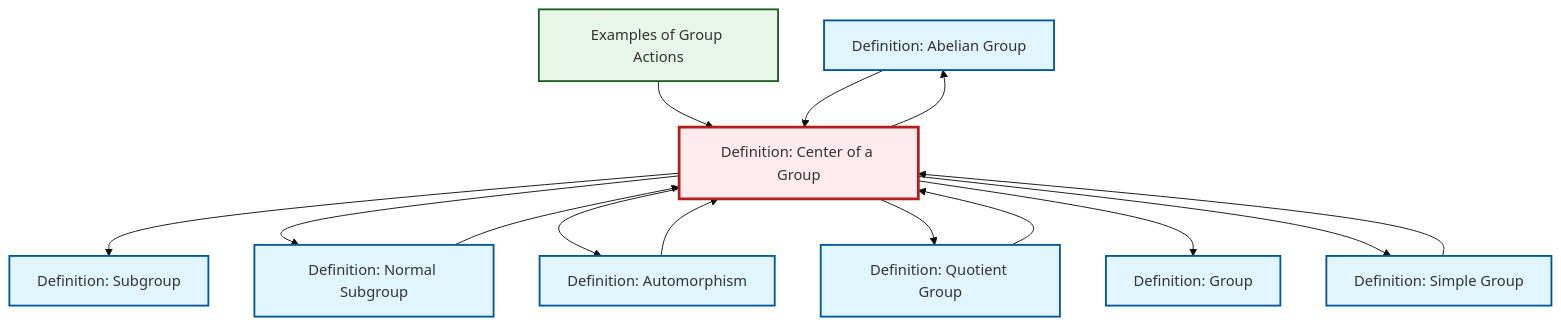
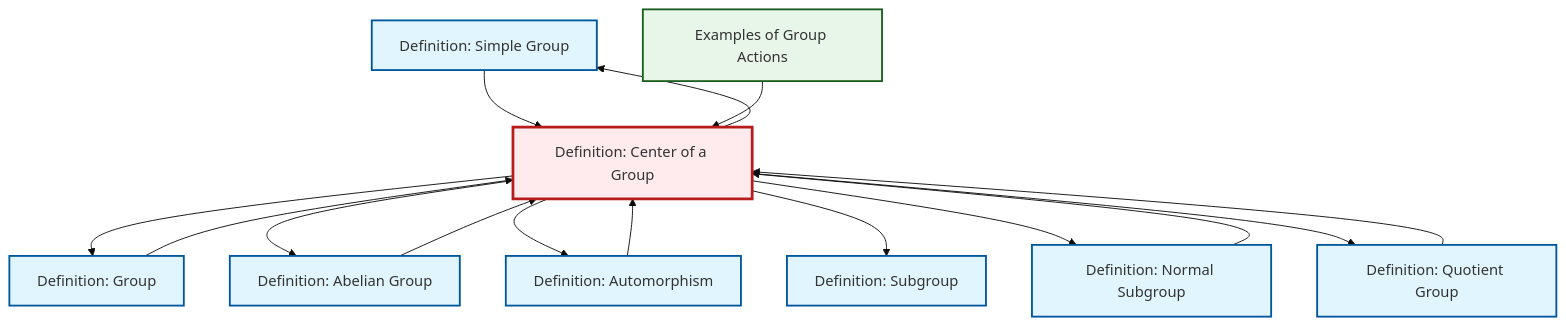
The diagram in content/en/algebra/def-center-of-group.qmd (RK0429/ModernMath), drawn with Mermaid (base theme) before and after one commit. The commit also changed 654 other files, not shown here.

````diff
--- a/content/en/algebra/def-center-of-group.qmd
+++ b/content/en/algebra/def-center-of-group.qmd
@@ -111,40 +111,41 @@
 ```{mermaid}
 %%| fig-cap: "Local dependency graph"
 graph TD
     classDef definition fill:#e1f5fe,stroke:#01579b,stroke-width:2px
     classDef theorem fill:#f3e5f5,stroke:#4a148c,stroke-width:2px
     classDef axiom fill:#fff3e0,stroke:#e65100,stroke-width:2px
     classDef example fill:#e8f5e9,stroke:#1b5e20,stroke-width:2px
     classDef current fill:#ffebee,stroke:#b71c1c,stroke-width:3px
-    def-group["Definition: Group"]:::definition
-    def-abelian-group["Definition: Abelian Group"]:::definition
     def-simple-group["Definition: Simple Group"]:::definition
     def-center-of-group["Definition: Center of a Group"]:::definition
+    def-group["Definition: Group"]:::definition
     def-quotient-group["Definition: Quotient Group"]:::definition
     def-subgroup["Definition: Subgroup"]:::definition
+    ex-group-action-examples["Examples of Group Actions"]:::example
     def-normal-subgroup["Definition: Normal Subgroup"]:::definition
+    def-abelian-group["Definition: Abelian Group"]:::definition
     def-automorphism["Definition: Automorphism"]:::definition
-    ex-group-action-examples["Examples of Group Actions"]:::example
+    def-center-of-group --> def-group
+    def-abelian-group --> def-center-of-group
+    def-center-of-group --> def-simple-group
     def-simple-group --> def-center-of-group
+    def-center-of-group --> def-abelian-group
+    def-quotient-group --> def-center-of-group
+    def-group --> def-center-of-group
+    def-automorphism --> def-center-of-group
+    def-normal-subgroup --> def-center-of-group
+    def-center-of-group --> def-automorphism
+    def-center-of-group --> def-subgroup
     ex-group-action-examples --> def-center-of-group
-    def-center-of-group --> def-subgroup
     def-center-of-group --> def-normal-subgroup
-    def-center-of-group --> def-automorphism
-    def-quotient-group --> def-center-of-group
-    def-center-of-group --> def-abelian-group
-    def-abelian-group --> def-center-of-group
     def-center-of-group --> def-quotient-group
-    def-center-of-group --> def-group
-    def-center-of-group --> def-simple-group
-    def-normal-subgroup --> def-center-of-group
-    def-automorphism --> def-center-of-group
     class def-center-of-group current
+    click def-simple-group "def-simple-group.html" "Go to Simple Group definition"
     click def-group "def-group.html" "Go to Group definition"
-    click def-abelian-group "def-abelian-group.html" "Go to Abelian Group definition"
-    click def-simple-group "def-simple-group.html" "Go to Simple Group definition"
     click def-quotient-group "def-quotient-group.html" "Go to Quotient Group definition"
     click def-subgroup "def-subgroup.html" "Go to Subgroup definition"
+    click ex-group-action-examples "ex-group-action-examples.html" "Go to Examples of Group Actions"
     click def-normal-subgroup "def-normal-subgroup.html" "Go to Normal Subgroup definition"
+    click def-abelian-group "def-abelian-group.html" "Go to Abelian Group definition"
     click def-automorphism "def-automorphism.html" "Go to Automorphism definition"
-    click ex-group-action-examples "ex-group-action-examples.html" "Go to Examples of Group Actions"
 ```
````
